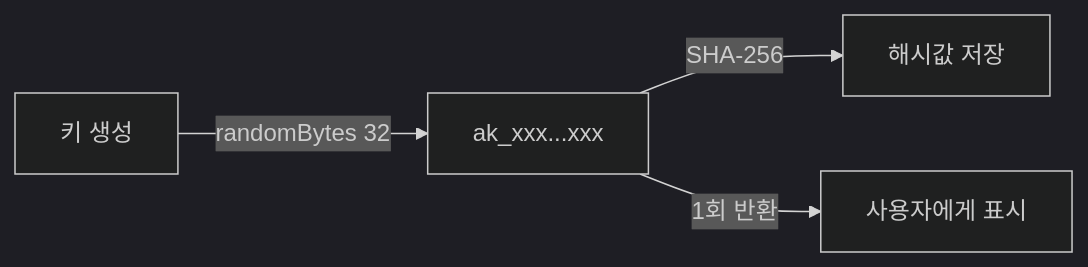
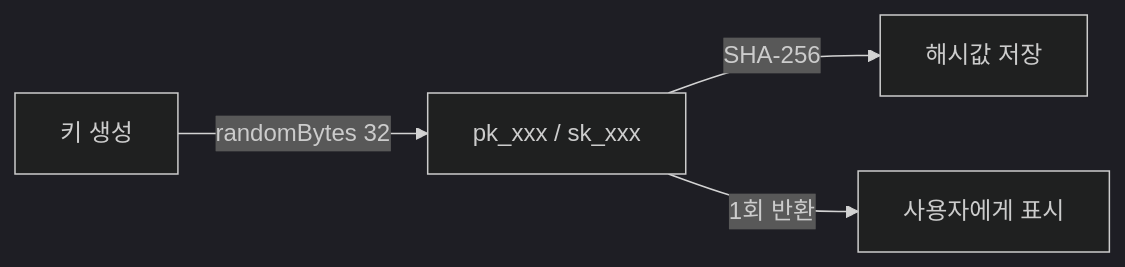
The first of 2 diagrams in ko/security/02-api-keys.md (popup-studio-ai/bkend-docs), drawn with Mermaid (dark theme) before and after one commit. The commit also changed other lines of this file and 365 other files, not shown here.

````diff
--- a/ko/security/02-api-keys.md
+++ b/ko/security/02-api-keys.md
@@ -30,6 +54,6 @@
 ```mermaid
 flowchart LR
-    A[키 생성] -->|randomBytes 32| B[ak_xxx...xxx]
+    A[키 생성] -->|randomBytes 32| B["pk_xxx / sk_xxx"]
     B -->|SHA-256| C[해시값 저장]
     B -->|1회 반환| D[사용자에게 표시]
 ```
````
